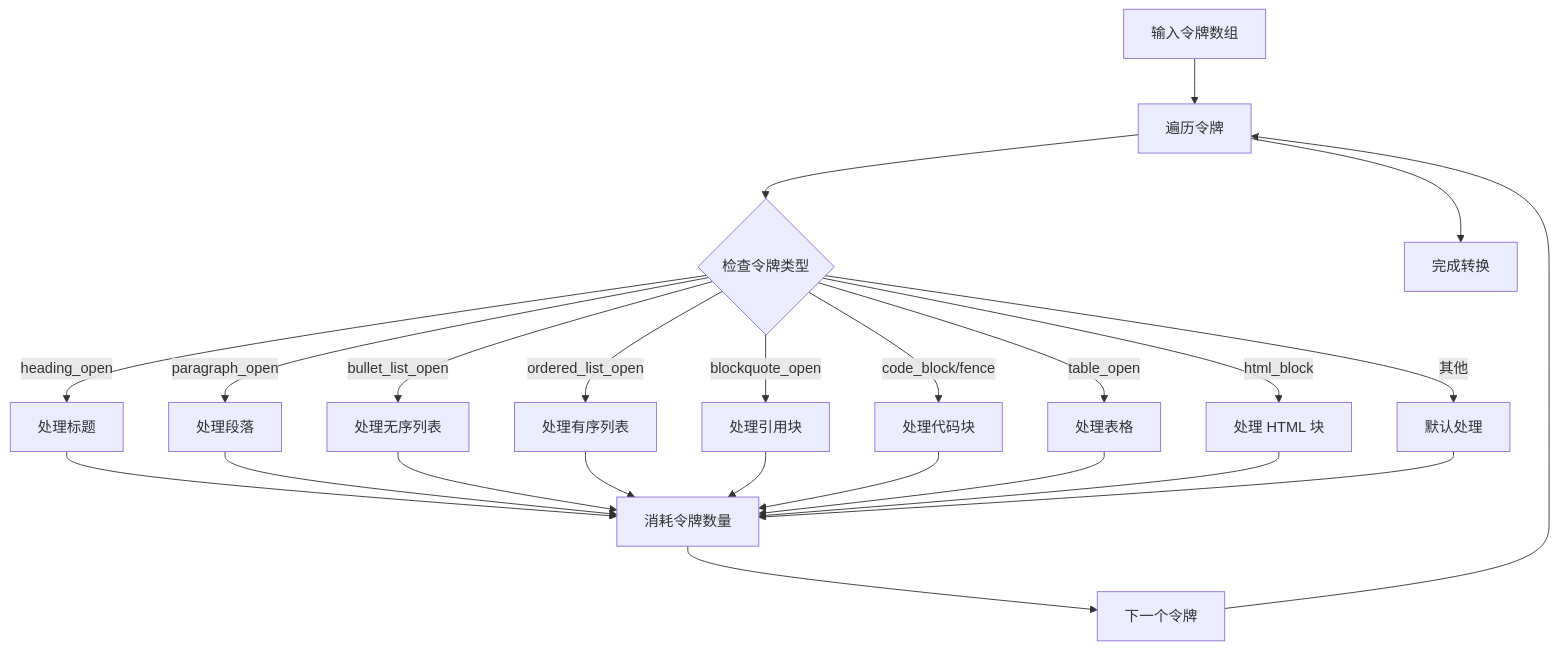
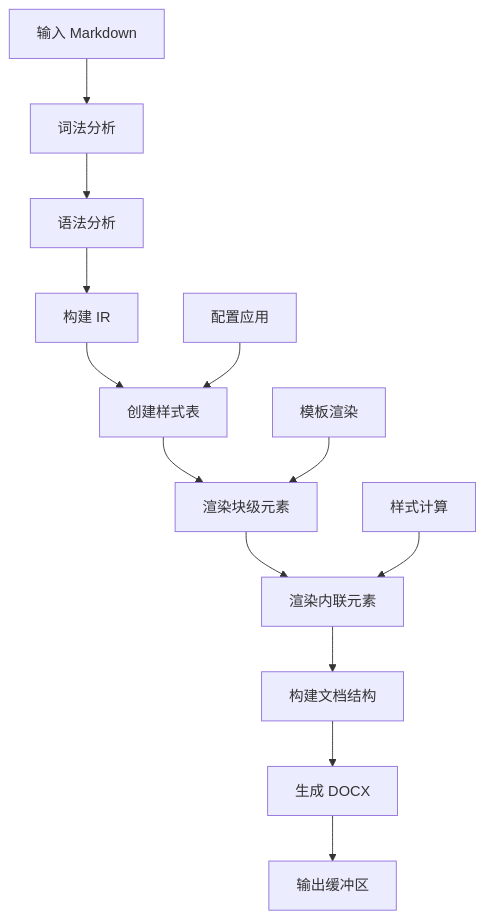
The sixth of 7 diagrams in .lingma/repowiki/zh/content/API 参考/增强的 API 功能.md (wanwushelie/markdown-to-word-studio), drawn with Mermaid before and after one commit. The commit also changed other lines of this file and 7 other files, not shown here.

````diff
--- a/.lingma/repowiki/zh/content/API 参考/增强的 API 功能.md
+++ b/.lingma/repowiki/zh/content/API 参考/增强的 API 功能.md
@@ -351,26 +327,15 @@
 ```mermaid
 flowchart TD
-Tokens[输入令牌数组] --> Loop[遍历令牌]
-Loop --> CheckType{检查令牌类型}
-CheckType --> |heading_open| Heading[处理标题]
-CheckType --> |paragraph_open| Paragraph[处理段落]
-CheckType --> |bullet_list_open| BulletList[处理无序列表]
-CheckType --> |ordered_list_open| OrderedList[处理有序列表]
-CheckType --> |blockquote_open| Blockquote[处理引用块]
-CheckType --> |code_block/fence| CodeBlock[处理代码块]
-CheckType --> |table_open| Table[处理表格]
-CheckType --> |html_block| HTMLBlock[处理 HTML 块]
-CheckType --> |其他| Default[默认处理]
-Heading --> Consume[消耗令牌数量]
-Paragraph --> Consume
-BulletList --> Consume
-OrderedList --> Consume
-Blockquote --> Consume
-CodeBlock --> Consume
-Table --> Consume
-HTMLBlock --> Consume
-Default --> Consume
-Consume --> Next[下一个令牌]
-Next --> Loop
-Loop --> Done[完成转换]
+A[输入 Markdown] --> B[词法分析]
+B --> C[语法分析]
+C --> D[构建 IR]
+D --> E[创建样式表]
+E --> F[渲染块级元素]
+F --> G[渲染内联元素]
+G --> H[构建文档结构]
+H --> I[生成 DOCX]
+I --> J[输出缓冲区]
+K[配置应用] --> E
+L[模板渲染] --> F
+M[样式计算] --> G
 ```
````
